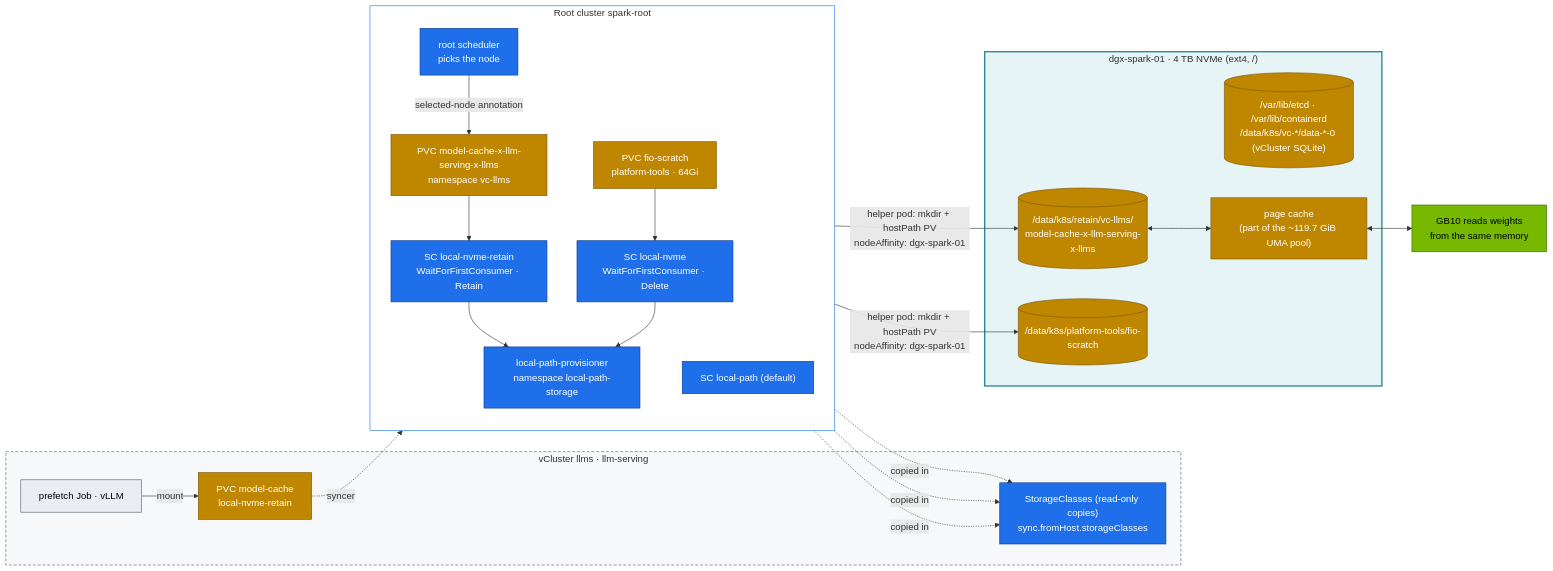
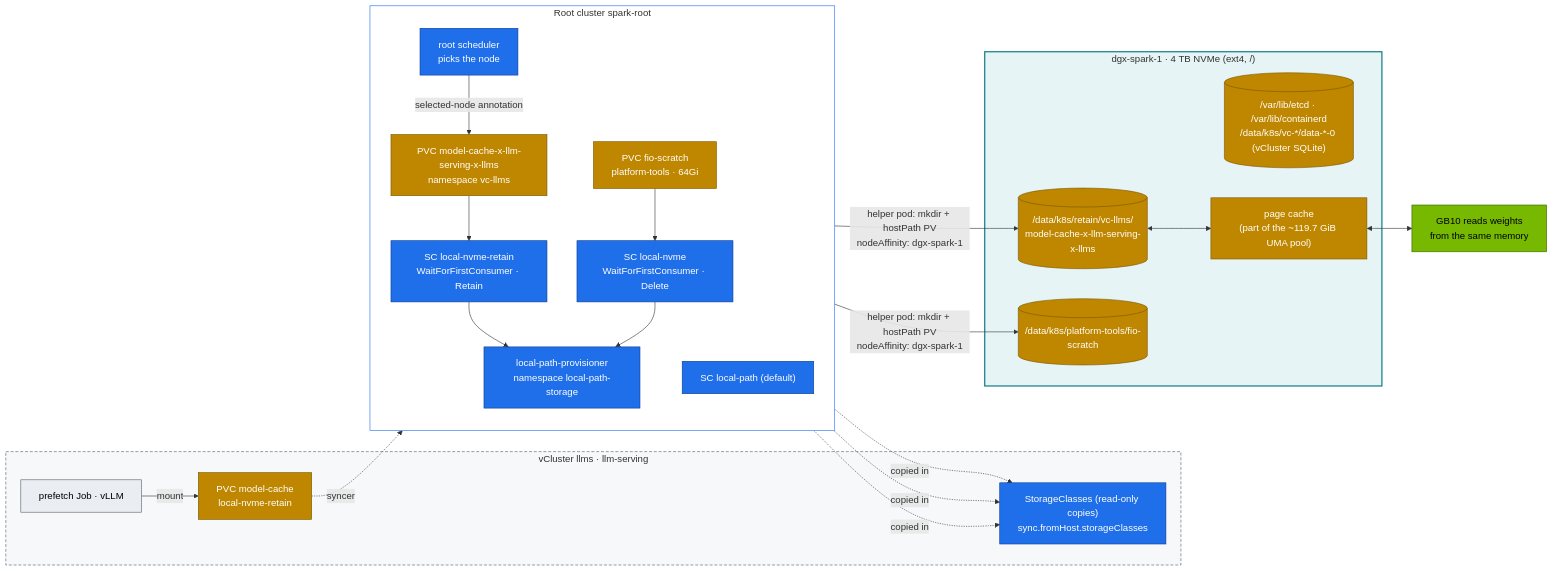
The diagram in 02 Kubernetes/11-storage-csi-and-high-performance-volumes.md (cloudone365/technical-depth), drawn with Mermaid before and after one commit. The commit also changed other lines of this file and 91 other files, not shown here.

First line of the commit message:
Rename the Spark hosts to dgx-spark-1 / dgx-spark-2

````diff
--- a/02 Kubernetes/11-storage-csi-and-high-performance-volumes.md
+++ b/02 Kubernetes/11-storage-csi-and-high-performance-volumes.md
@@ -29,44 +29,44 @@
 ```mermaid
 flowchart LR
   subgraph LLMS["vCluster llms · llm-serving"]
     PVCV["PVC model-cache<br/>local-nvme-retain"]
     PODV["prefetch Job · vLLM"]
     SCV["StorageClasses (read-only copies)<br/>sync.fromHost.storageClasses"]
   end
   subgraph ROOT["Root cluster spark-root"]
     direction TB
     SC1["SC local-nvme-retain<br/>WaitForFirstConsumer · Retain"]
     SC2["SC local-nvme<br/>WaitForFirstConsumer · Delete"]
     SC0["SC local-path (default)"]
     PVCR["PVC model-cache-x-llm-serving-x-llms<br/>namespace vc-llms"]
     PVC2["PVC fio-scratch<br/>platform-tools · 64Gi"]
     SCHED["root scheduler<br/>picks the node"]
     PROV["local-path-provisioner<br/>namespace local-path-storage"]
   end
-  subgraph HOST["dgx-spark-01 · 4 TB NVMe (ext4, /)"]
+  subgraph HOST["dgx-spark-1 · 4 TB NVMe (ext4, /)"]
     D1[("/data/k8s/retain/vc-llms/<br/>model-cache-x-llm-serving-x-llms")]
     D2[("/data/k8s/platform-tools/fio-scratch")]
     D3[("/var/lib/etcd · /var/lib/containerd<br/>/data/k8s/vc-*/data-*-0 (vCluster SQLite)")]
     PC["page cache<br/>(part of the ~119.7 GiB UMA pool)"]
   end
   SC1 & SC2 & SC0 -. "copied in" .-> SCV
   PODV -->|mount| PVCV
   PVCV -. "syncer" .-> PVCR
   PVCR --> SC1 --> PROV
   PVC2 --> SC2 --> PROV
   SCHED -->|"selected-node annotation"| PVCR
-  PROV -->|"helper pod: mkdir + hostPath PV<br/>nodeAffinity: dgx-spark-01"| D1 & D2
+  PROV -->|"helper pod: mkdir + hostPath PV<br/>nodeAffinity: dgx-spark-1"| D1 & D2
   D1 <--> PC
   PC <--> GPU["GB10 reads weights<br/>from the same memory"]
   classDef store fill:#bf8700,stroke:#7a5600,color:#fff
   classDef ctrl fill:#1f6feb,stroke:#0b3d91,color:#fff
   classDef gpu fill:#76b900,stroke:#3d6000,color:#000
   classDef tenant fill:#eaeef2,stroke:#57606a,color:#000
   class PVCV,PVCR,PVC2,D1,D2,D3,PC store
   class SC0,SC1,SC2,SCV,PROV,SCHED ctrl
   class GPU gpu
   class PODV tenant
   style HOST fill:#e6f4f5,stroke:#0e7c86,stroke-width:2px
   style ROOT fill:#ffffff,stroke:#1f6feb
   style LLMS fill:#f6f8fa,stroke:#57606a,stroke-dasharray:5 3
 ```
````
